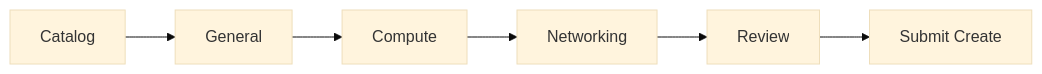
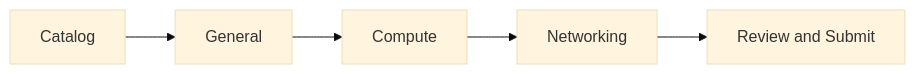
One commit to osac-project/enhancement-proposals changed the diagram in enhancements/configuration-wizard-OSAC-1421/prd.md. Above: the diagram before and after it, drawn with Mermaid (base theme). The commit also changed other lines of this file, not shown here.

````diff
--- a/enhancements/configuration-wizard-OSAC-1421/prd.md
+++ b/enhancements/configuration-wizard-OSAC-1421/prd.md
@@ -84,8 +144,7 @@
 ```mermaid
 flowchart LR
   A[Catalog] --> B[General]
   B --> C[Compute]
   C --> D[Networking]
-  D --> E[Review]
-  E --> F[Submit Create]
+  D --> E[Review and Submit]
 ```
````
